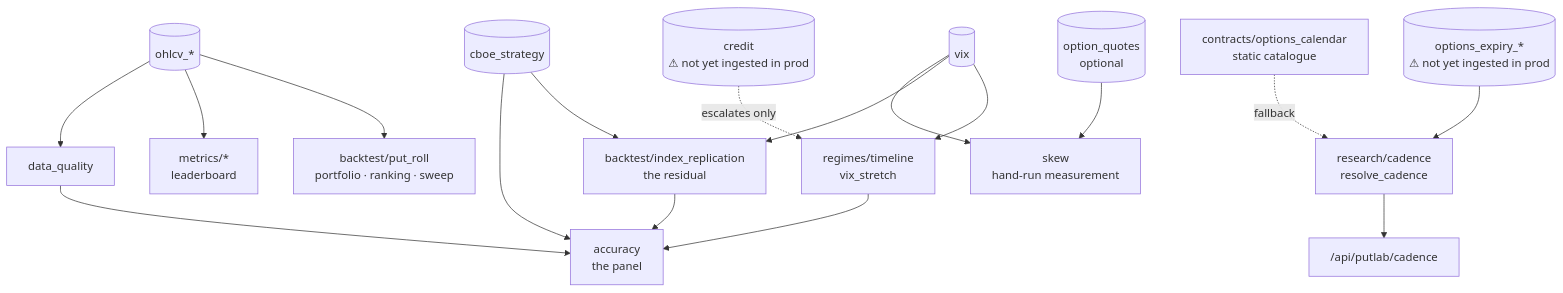
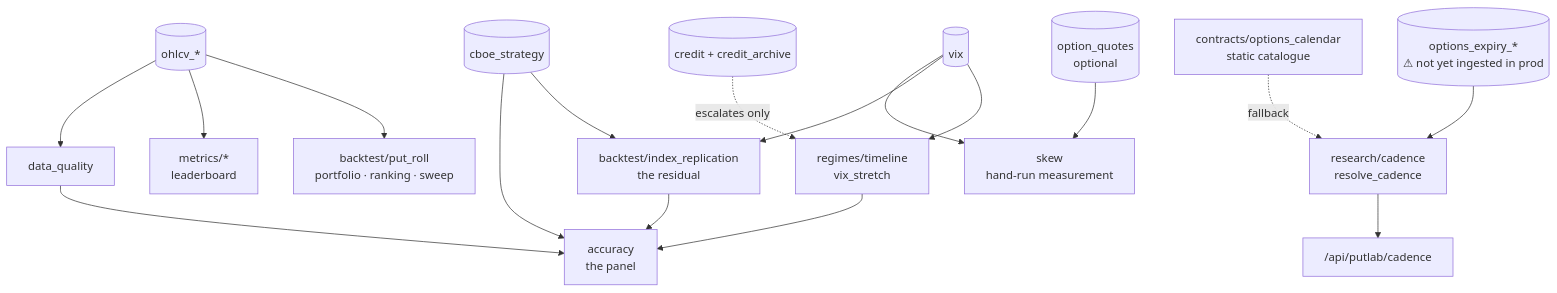
Before and after one commit to diomavro/tail-lab: the second of 2 diagrams in docs/DATA_FLOW.md, drawn with Mermaid. The commit also changed other lines of this file and 22 other files, not shown here.

First line of the commit message:
Credit: restore HY OAS history from a pinned archive (ADR 0034) (#184)

````diff
--- a/docs/DATA_FLOW.md
+++ b/docs/DATA_FLOW.md
@@ -207,27 +211,27 @@
 ```mermaid
 flowchart TB
     VIX[("vix")]
     STRAT[("cboe_strategy")]
     OHLCV[("ohlcv_*")]
     EXP[("options_expiry_*<br/>⚠ not yet ingested in prod")]
-    CREDIT[("credit<br/>⚠ not yet ingested in prod")]
+    CREDIT[("credit + credit_archive")]
     QUOTES[("option_quotes<br/>optional")]
 
     VIX --> REGIME["regimes/timeline<br/>vix_stretch"]
     CREDIT -.escalates only.-> REGIME
     VIX --> REPL["backtest/index_replication<br/>the residual"]
     STRAT --> REPL
     OHLCV --> ROLL["backtest/put_roll<br/>portfolio · ranking · sweep"]
     OHLCV --> METRICS["metrics/*<br/>leaderboard"]
     OHLCV --> DQ["data_quality"]
     EXP --> CADENCE["research/cadence<br/>resolve_cadence"]
     STATIC2["contracts/options_calendar<br/>static catalogue"] -.fallback.-> CADENCE
     CADENCE --> CADENCEAPI["/api/putlab/cadence"]
     QUOTES --> SKEW["skew<br/>hand-run measurement"]
     VIX --> SKEW
 
     REPL --> ACC["accuracy<br/>the panel"]
     REGIME --> ACC
     STRAT --> ACC
     DQ --> ACC
 ```
````
